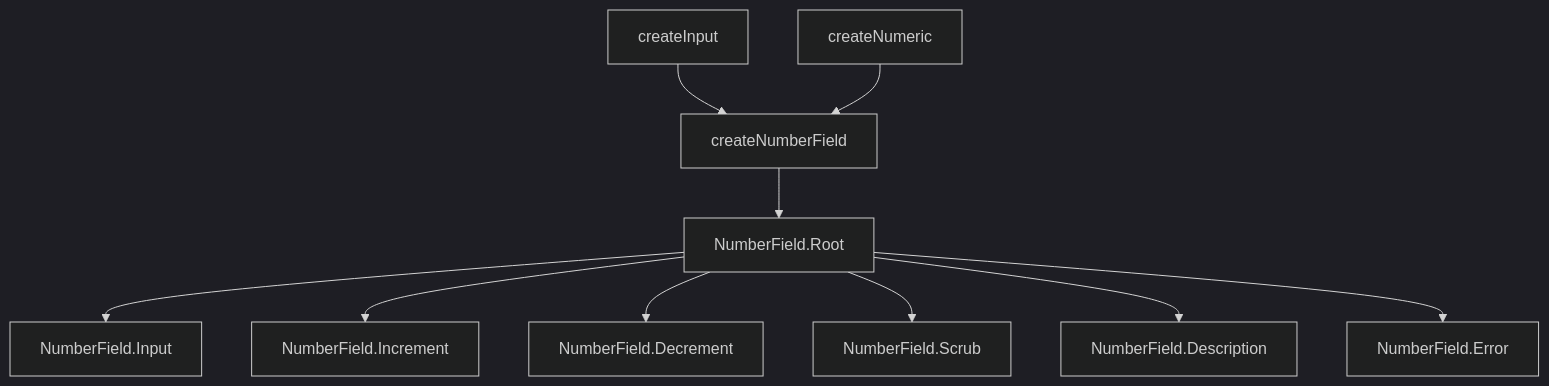
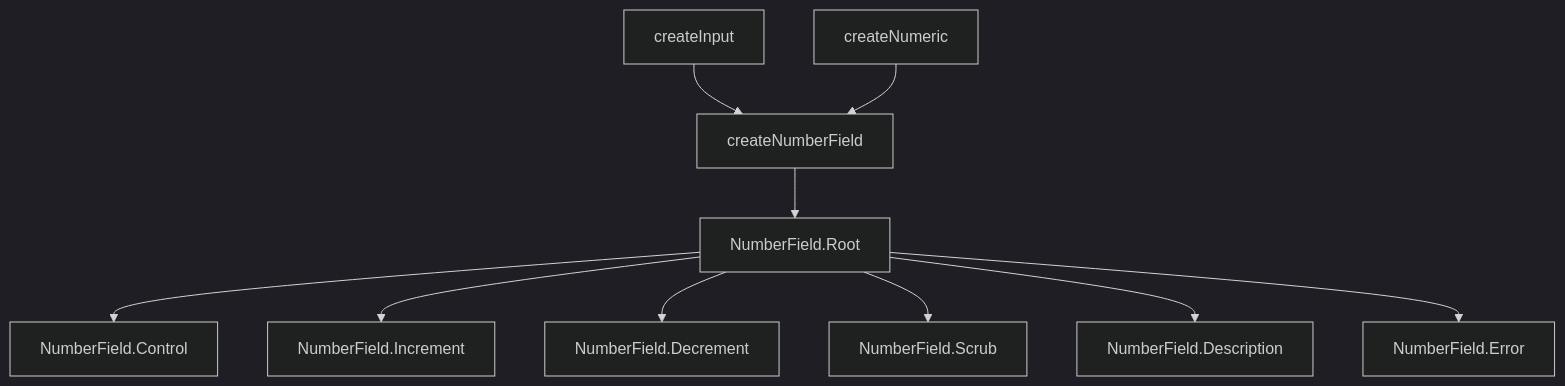
Before and after one commit to vuetifyjs/0: the diagram in apps/docs/src/pages/components/forms/number-field.md, drawn with Mermaid (dark theme). The commit also changed other lines of this file and 7 other files, not shown here.

Commit message:
refactor(NumberField): rename Input to Control for field consistency

````diff
--- a/apps/docs/src/pages/components/forms/number-field.md
+++ b/apps/docs/src/pages/components/forms/number-field.md
@@ -64,23 +64,23 @@
 ```mermaid "NumberField Architecture"
 flowchart TD
   CreateNumberField["createNumberField"]
   CreateInput["createInput"]
   CreateNumeric["createNumeric"]
   Root["NumberField.Root"]:::primary
-  Input["NumberField.Input"]
+  Input["NumberField.Control"]
   Increment["NumberField.Increment"]
   Decrement["NumberField.Decrement"]
   Scrub["NumberField.Scrub"]
   Description["NumberField.Description"]
   Error["NumberField.Error"]
 
   CreateInput --> CreateNumberField
   CreateNumeric --> CreateNumberField
   CreateNumberField --> Root
   Root --> Input
   Root --> Increment
   Root --> Decrement
   Root --> Scrub
   Root --> Description
   Root --> Error
 ```
````
